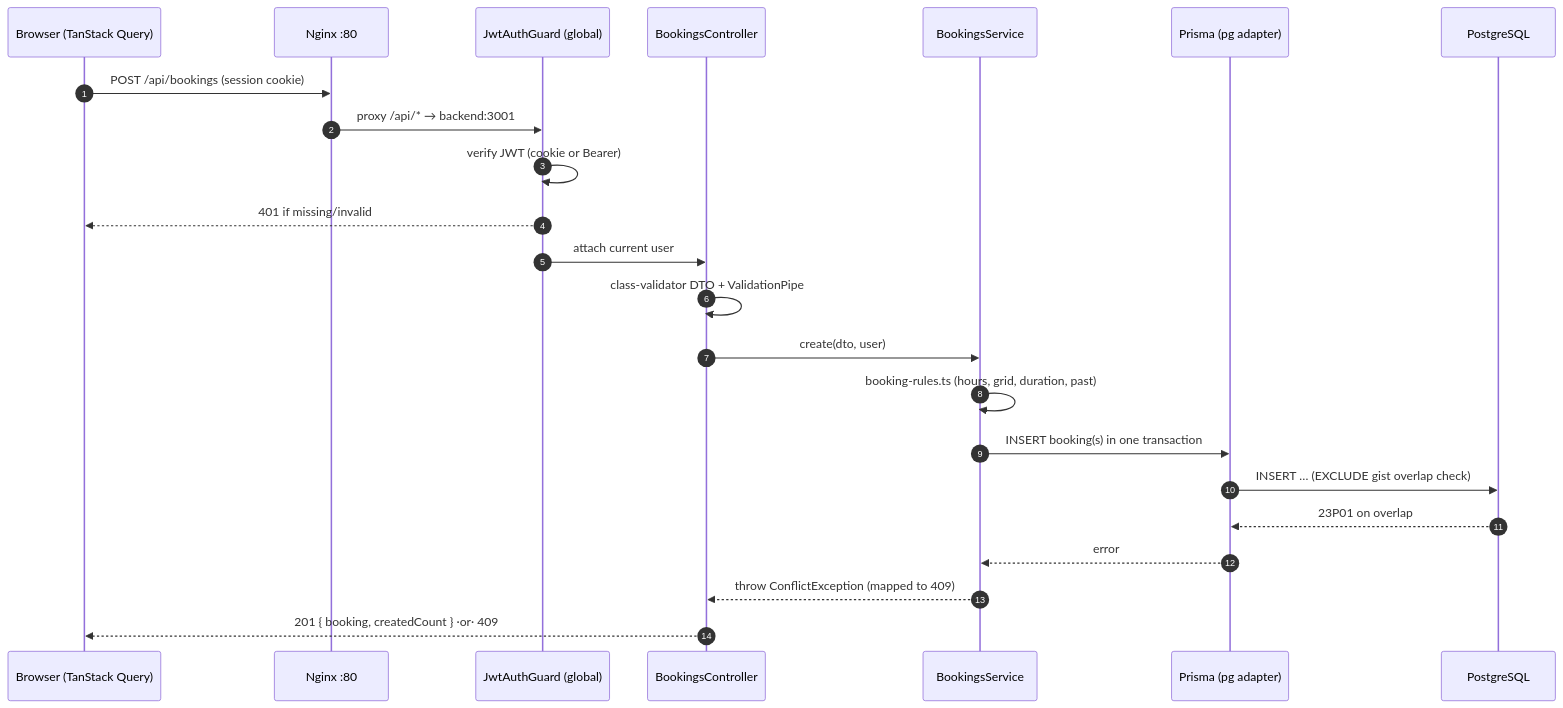
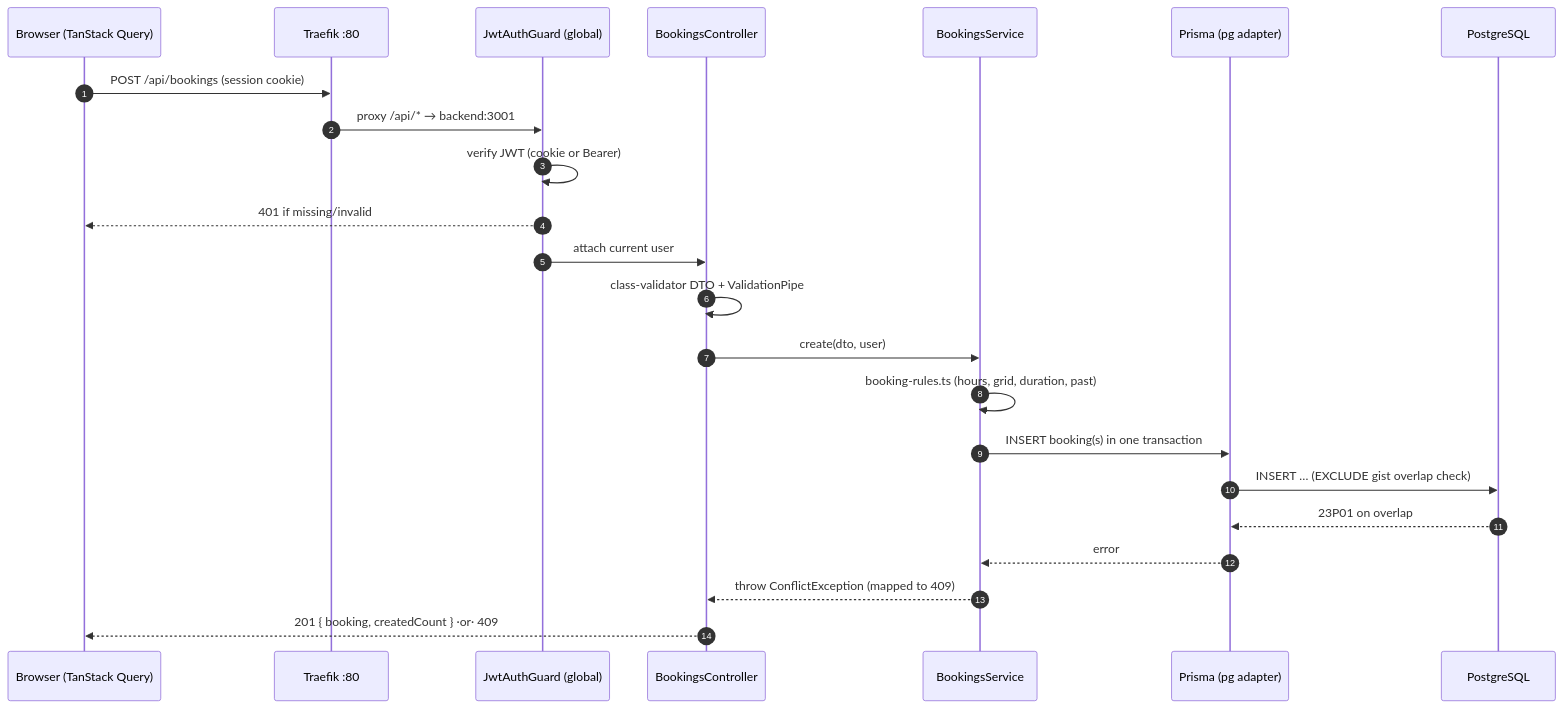
Before and after one commit to dmytronedilko/meeting-room-booking: the third of 5 diagrams in docs/Architecture.md, drawn with Mermaid. The commit also changed other lines of this file and 21 other files, not shown here.

First line of the commit message:
feat(infra): replace Nginx reverse proxy with Traefik

````diff
--- a/docs/Architecture.md
+++ b/docs/Architecture.md
@@ -82,26 +86,26 @@
 ```mermaid
 sequenceDiagram
     autonumber
     participant B as Browser (TanStack Query)
-    participant N as Nginx :80
+    participant T as Traefik :80
     participant G as JwtAuthGuard (global)
     participant C as BookingsController
     participant S as BookingsService
     participant P as Prisma (pg adapter)
     participant D as PostgreSQL
 
-    B->>N: POST /api/bookings  (session cookie)
-    N->>G: proxy /api/* → backend:3001
+    B->>T: POST /api/bookings  (session cookie)
+    T->>G: proxy /api/* → backend:3001
     G->>G: verify JWT (cookie or Bearer)
     G-->>B: 401 if missing/invalid
     G->>C: attach current user
     C->>C: class-validator DTO + ValidationPipe
     C->>S: create(dto, user)
     S->>S: booking-rules.ts (hours, grid, duration, past)
     S->>P: INSERT booking(s) in one transaction
     P->>D: INSERT … (EXCLUDE gist overlap check)
     D-->>P: 23P01 on overlap
     P-->>S: error
     S-->>C: throw ConflictException (mapped to 409)
     C-->>B: 201 { booking, createdCount }  ·or·  409
 ```
````
